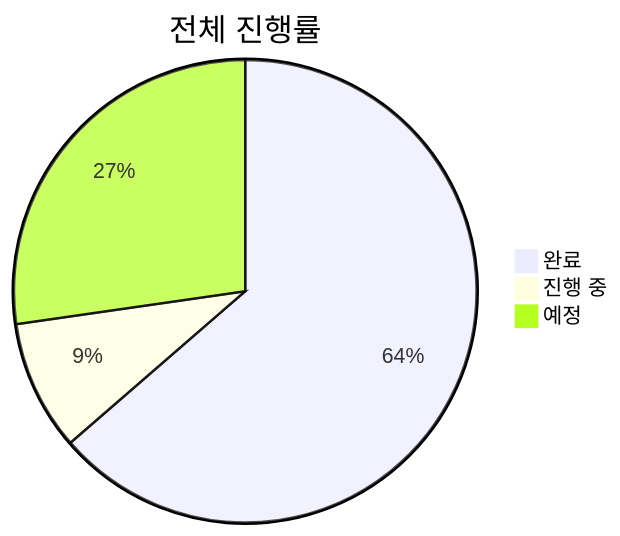
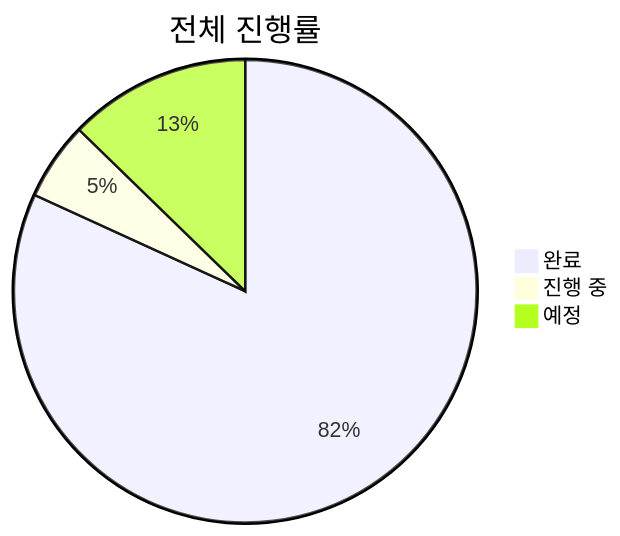
The first of 4 diagrams in TODO.md (baehandoridori/BAEFRAME), drawn with Mermaid before and after one commit. The commit also changed other lines of this file, not shown here.

````diff
--- a/TODO.md
+++ b/TODO.md
@@ -15,6 +15,6 @@
 ```mermaid
 pie title 전체 진행률
-    "완료" : 35
-    "진행 중" : 5
-    "예정" : 15
+    "완료" : 45
+    "진행 중" : 3
+    "예정" : 7
 ```
````
